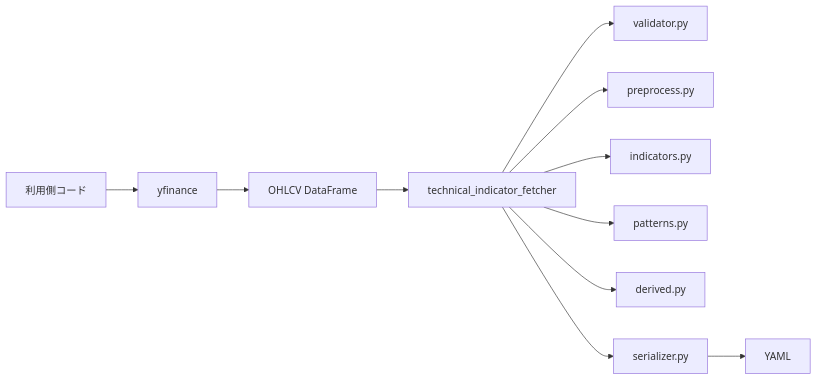
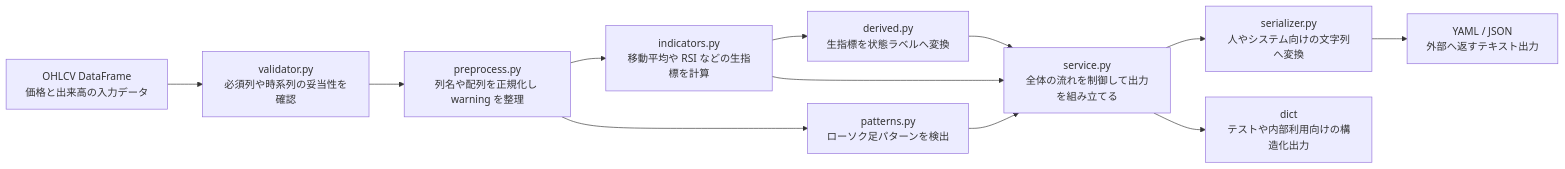
Before and after one commit to oSUiMiNo/TechnicalIndicatorFetcher: the first of 3 diagrams in README.md, drawn with Mermaid. The commit also changed other lines of this file, not shown here.

````diff
--- a/README.md
+++ b/README.md
@@ -59,13 +23,15 @@
 ```mermaid
+%%{init: {'flowchart': {'htmlLabels': true, 'nodeSpacing': 40, 'rankSpacing': 55}, 'themeCSS': '.node rect, .node polygon, .node path { padding: 14px; } .nodeLabel { font-size: 11px; }'}}%%
 flowchart LR
-    A[利用側コード] --> B[yfinance]
-    B --> C[OHLCV DataFrame]
-    C --> D[technical_indicator_fetcher]
-    D --> E[validator.py]
-    D --> F[preprocess.py]
-    D --> G[indicators.py]
-    D --> H[patterns.py]
-    D --> I[derived.py]
-    D --> J[serializer.py]
-    J --> K[YAML]
+    A[OHLCV DataFrame<br/>価格と出来高の入力データ] --> B[validator.py<br/>必須列や時系列の妥当性を確認]
+    B --> C[preprocess.py<br/>列名や配列を正規化し warning を整理]
+    C --> D[indicators.py<br/>移動平均や RSI などの生指標を計算]
+    C --> E[patterns.py<br/>ローソク足パターンを検出]
+    D --> F[derived.py<br/>生指標を状態ラベルへ変換]
+    D --> G[service.py<br/>全体の流れを制御して出力を組み立てる]
+    E --> G
+    F --> G
+    G --> H[serializer.py<br/>人やシステム向けの文字列へ変換]
+    H --> I[YAML / JSON<br/>外部へ返すテキスト出力]
+    G --> J[dict<br/>テストや内部利用向けの構造化出力]
 ```
````
